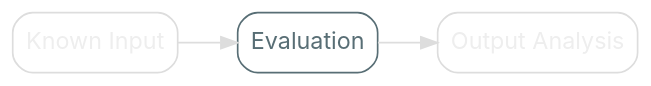
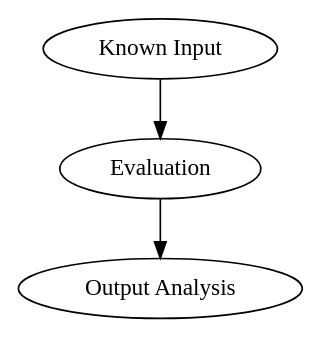
Before and after one commit to nrinaudo/much-ado-about-testing: the diagram in src/graphviz/ebt_evaluation.dot, drawn with Graphviz. The commit also changed 98 other files, not shown here.

Commit message:
Use graphviz stylesheets

```diff
--- a/src/graphviz/ebt_evaluation.dot
+++ b/src/graphviz/ebt_evaluation.dot
@@ -1,15 +1,8 @@
 digraph {
-    bgcolor=transparent
-    rankdir=LR
+    Input[label="Known Input" class="disabled"]
+    Evaluation
+    Analysis[label="Output Analysis" class="disabled"]
 
-    // Default theme: enabled
-    node[shape="rectangle" style="rounded,filled" color="#586E75" fillcolor="#ffffff" fontcolor="#586E75" fontname="Inter,Arial"]
-    edge[color="#586E75" fontcolor="#000000" fontname="Inter,Arial" fontsize=11]
-
-    Input[label="Known Input" color="#dddddd" fontcolor="#eeeeee"]
-    Evaluation
-    Analysis[label="Output Analysis" color="#dddddd" fontcolor="#eeeeee"]
-
-    Input -> Evaluation[color="#dddddd"]
-    Evaluation -> Analysis[color="#dddddd"]
+    Input -> Evaluation[class="disabled"]
+    Evaluation -> Analysis[class="disabled"]
 }
```
